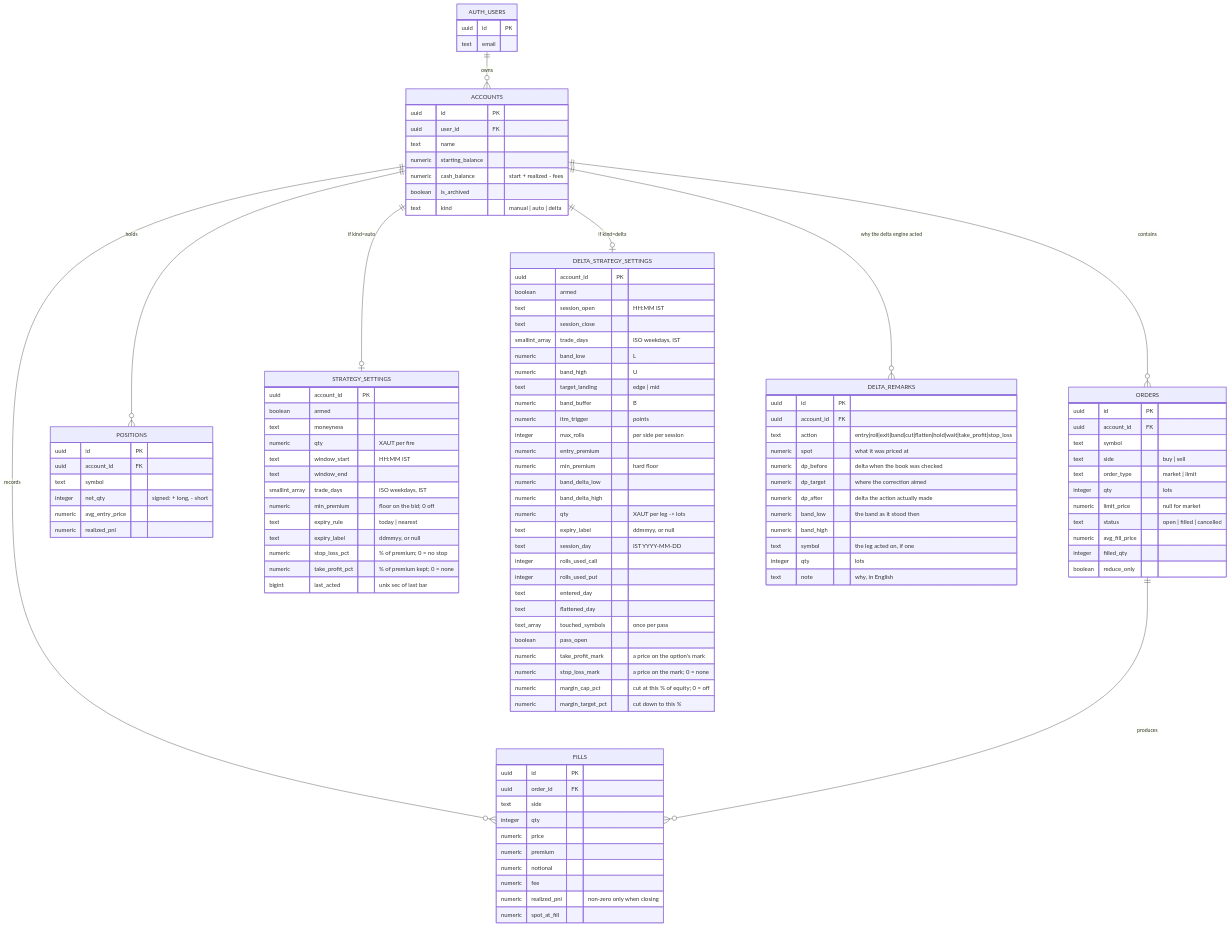
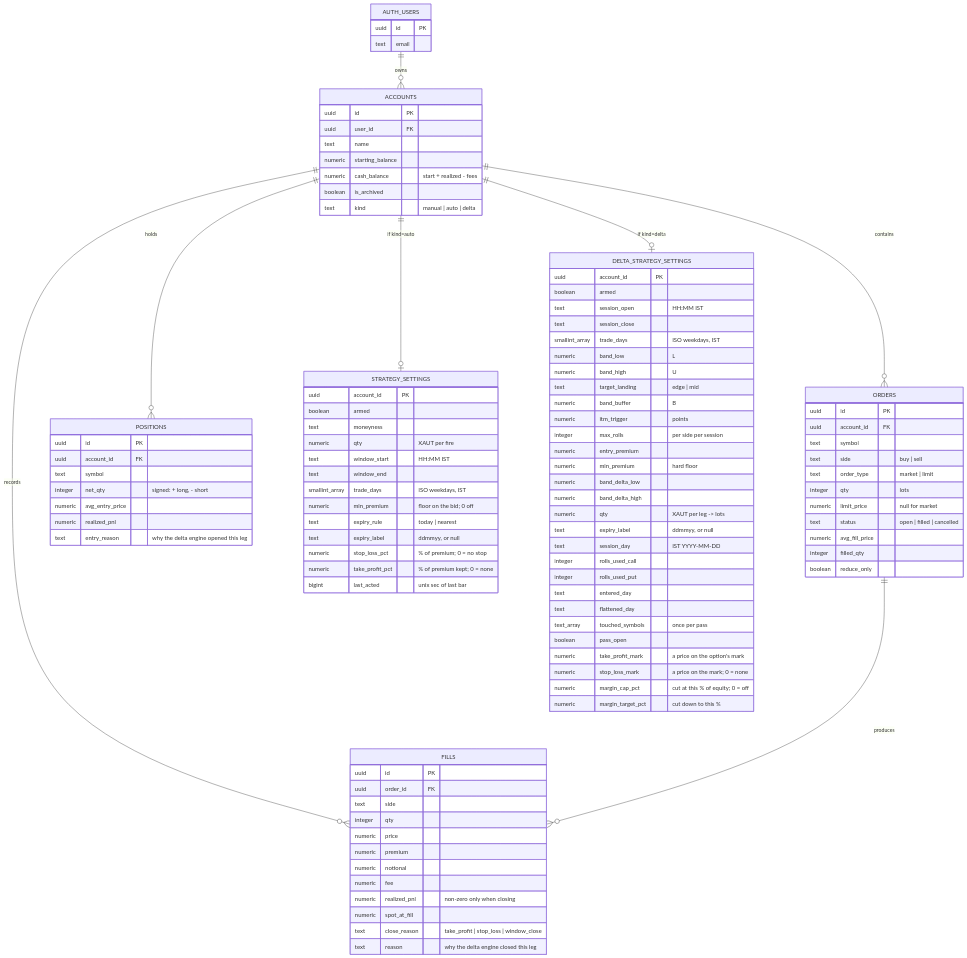
One commit to Vitti-Capital-Tech/XAUT-Options changed the first of 6 diagrams in docs/LLD.md. Above: the diagram before and after it, drawn with Mermaid. The commit also changed other lines of this file and 9 other files, not shown here.

````diff
--- a/docs/LLD.md
+++ b/docs/LLD.md
@@ -50,7 +50,6 @@
     ORDERS ||--o{ FILLS : produces
     ACCOUNTS ||--o| STRATEGY_SETTINGS : "if kind=auto"
     ACCOUNTS ||--o| DELTA_STRATEGY_SETTINGS : "if kind=delta"
-    ACCOUNTS ||--o{ DELTA_REMARKS : "why the delta engine acted"
 
     AUTH_USERS {
         uuid id PK
@@ -110,20 +109,6 @@
         numeric margin_cap_pct "cut at this % of equity; 0 = off"
         numeric margin_target_pct "cut down to this %"
     }
-    DELTA_REMARKS {
-        uuid id PK
-        uuid account_id FK
-        text action "entry|roll|exit|band|cut|flatten|hold|wait|take_profit|stop_loss"
-        numeric spot "what it was priced at"
-        numeric dp_before "delta when the book was checked"
-        numeric dp_target "where the correction aimed"
-        numeric dp_after "delta the action actually made"
-        numeric band_low "the band as it stood then"
-        numeric band_high
-        text symbol "the leg acted on, if one"
-        integer qty "lots"
-        text note "why, in English"
-    }
     ORDERS {
         uuid id PK
         uuid account_id FK
@@ -148,6 +133,8 @@
         numeric fee
         numeric realized_pnl "non-zero only when closing"
         numeric spot_at_fill
+        text close_reason "take_profit | stop_loss | window_close"
+        text reason "why the delta engine closed this leg"
     }
     POSITIONS {
         uuid id PK
@@ -156,5 +143,6 @@
         integer net_qty "signed: + long, - short"
         numeric avg_entry_price
         numeric realized_pnl
+        text entry_reason "why the delta engine opened this leg"
     }
 ```
````
